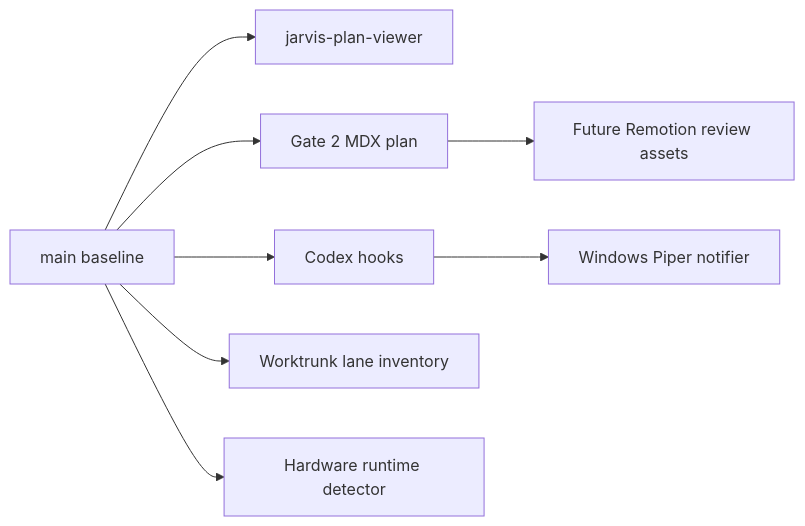
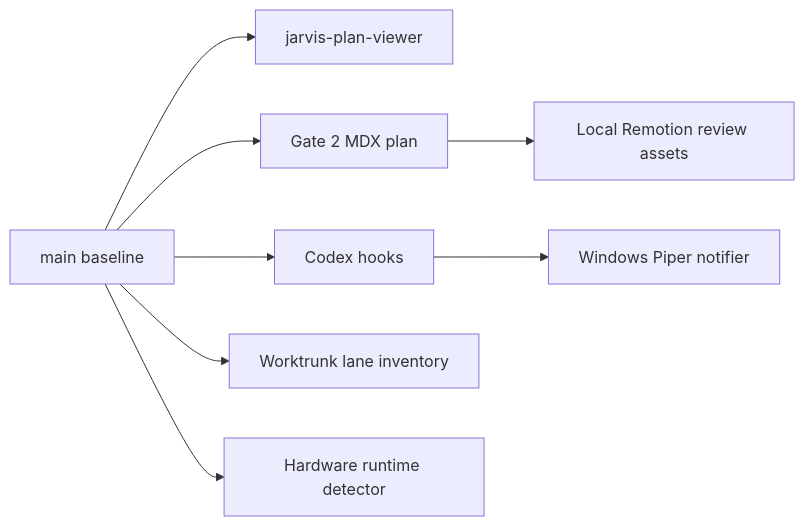
Before and after one commit to cyIVER/jarvis-codex: the diagram in plans/jarvis-codex-swarm/plan.mdx, drawn with Mermaid. The commit also changed other lines of this file and 3 other files, not shown here.

````diff
--- a/plans/jarvis-codex-swarm/plan.mdx
+++ b/plans/jarvis-codex-swarm/plan.mdx
@@ -18,19 +18,19 @@
 ```mermaid
 flowchart LR
   Main[main baseline]
   Viewer[jarvis-plan-viewer]
   Plan[Gate 2 MDX plan]
   Hooks[Codex hooks]
   Notify[Windows Piper notifier]
   Worktrunk[Worktrunk lane inventory]
   Hardware[Hardware runtime detector]
-  Future[Future Remotion review assets]
+  Remotion[Local Remotion review assets]
 
   Main --> Viewer
   Main --> Plan
   Main --> Hooks
   Hooks --> Notify
   Main --> Worktrunk
   Main --> Hardware
-  Plan --> Future
+  Plan --> Remotion
 ```
````
